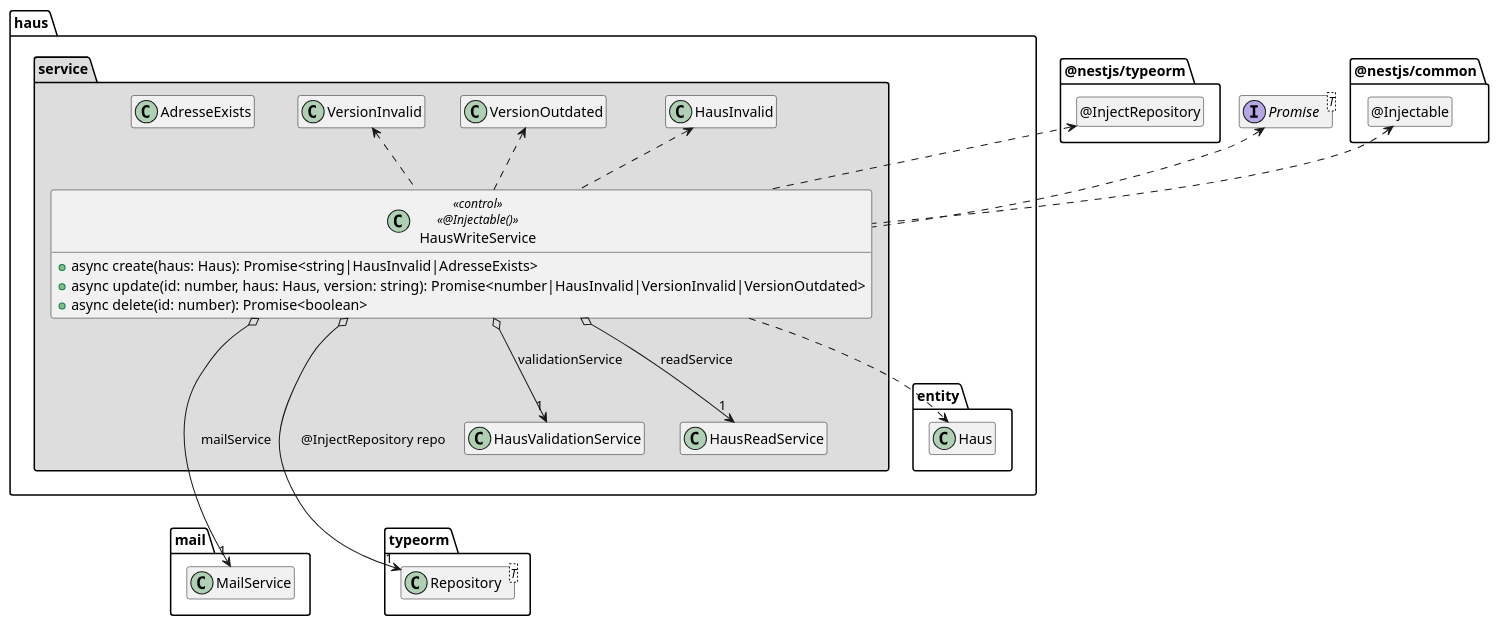
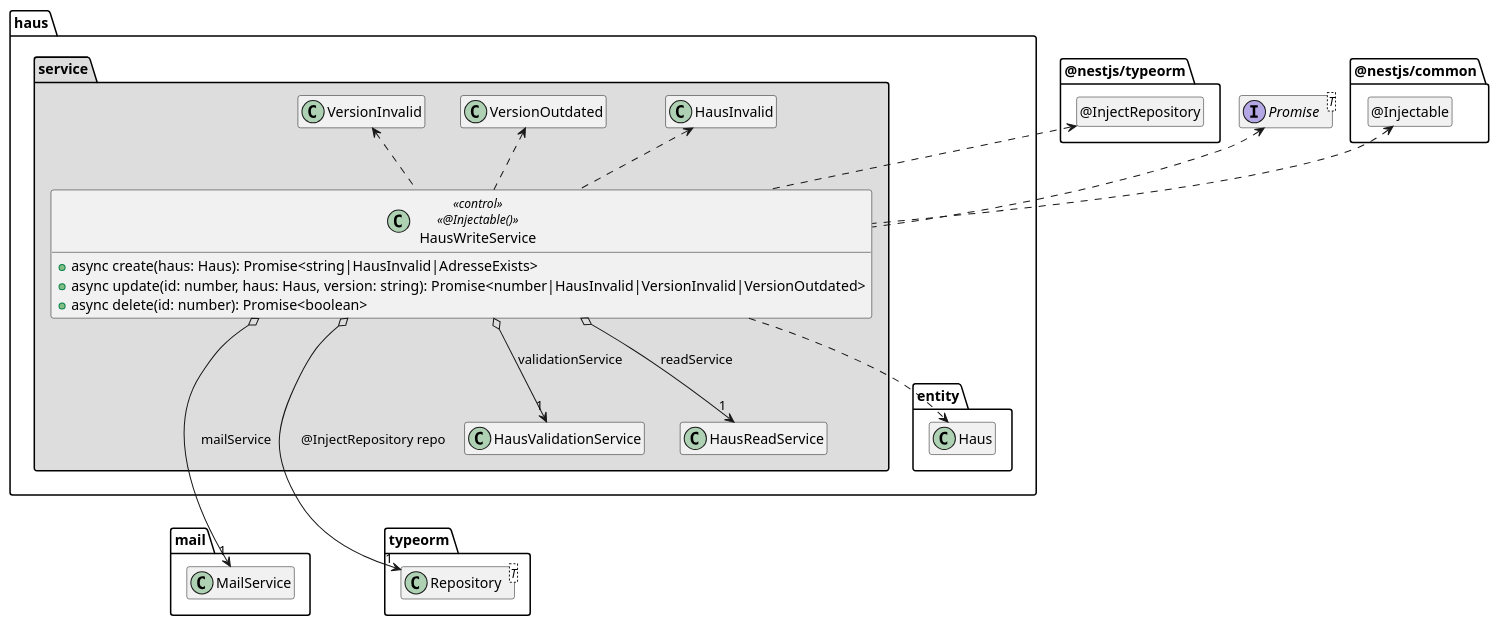
One commit to Yukasama/haus changed the diagram in .extras/doc/projekthandbuch/HausWriteService.plantuml. Above: the diagram before and after it, drawn with PlantUML. The commit also changed 2 other files, not shown here.

Commit message:
PlantUML2

```diff
--- a/.extras/doc/projekthandbuch/HausWriteService.plantuml
+++ b/.extras/doc/projekthandbuch/HausWriteService.plantuml
@@ -1,65 +1,64 @@
 @startuml Anwendungskern
 
 interface Promise<T>
 
 package @nestjs/common {
   class "@Injectable" as Injectable
   hide Injectable circle
 }
 
 package typeorm {
   class Repository<T>
 }
 
 package @nestjs/typeorm {
   class "@InjectRepository" as InjectRepository
   hide InjectRepository circle
 }
 
 package mail {
   class MailService
 }
 
 package haus {
   package entity {
     class Haus
   }
 
   package service #DDDDDD {
     class HausInvalid
-    class AdresseExists
     class VersionInvalid
     class VersionOutdated
 
     class HausWriteService << control >> <<@Injectable()>> {
       + async create(haus: Haus): Promise<string|HausInvalid|AdresseExists>
       + async update(id: number, haus: Haus, version: string): Promise<number|HausInvalid|VersionInvalid|VersionOutdated>
       + async delete(id: number): Promise<boolean>
     }
 
     HausWriteService o--> "1" HausValidationService: validationService
     HausWriteService o--> "1" HausReadService: readService
     HausWriteService o--> "1" Repository: @InjectRepository repo
     HausWriteService o--> "1" MailService: mailService
 
     HausWriteService .up.> Injectable
     HausWriteService .up.> InjectRepository
 
     HausWriteService .up.> Promise
     HausWriteService ..> Haus
     HausWriteService .up.> HausInvalid
     HausWriteService .up.> VersionInvalid
     HausWriteService .up.> VersionOutdated
 
     HausInvalid .up[hidden].> Haus
     Haus .up[hidden].> Promise
     Haus .up[hidden].> Injectable
     Haus .up[hidden].> InjectRepository
     HausValidationService .[hidden].> Repository
     HausValidationService .[hidden].> MailService
   }
 }
 
 hide empty members
 
 @enduml
```
